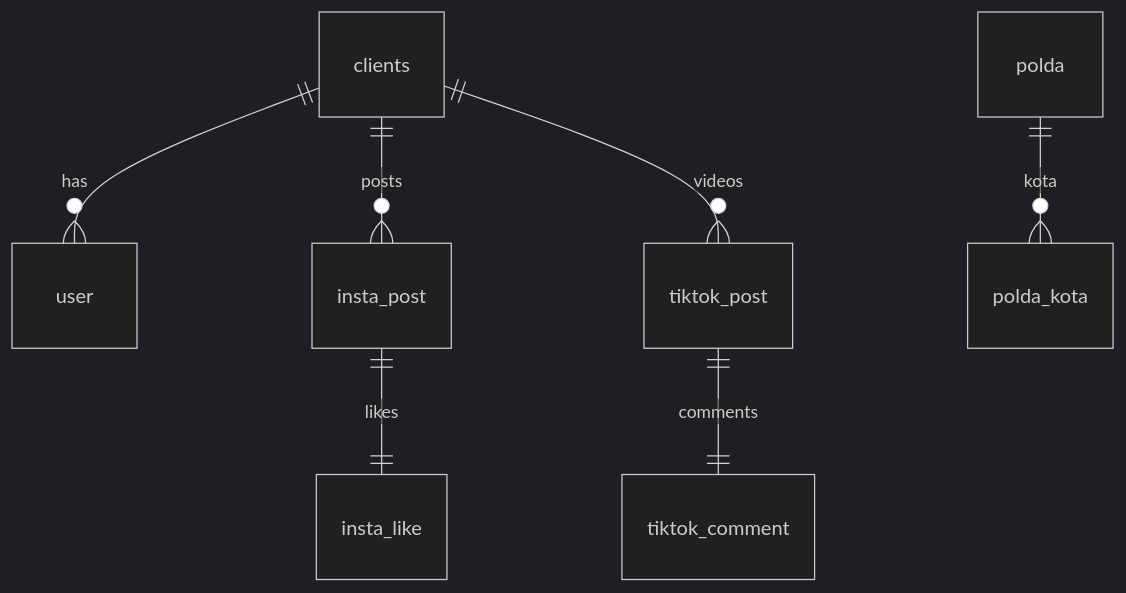
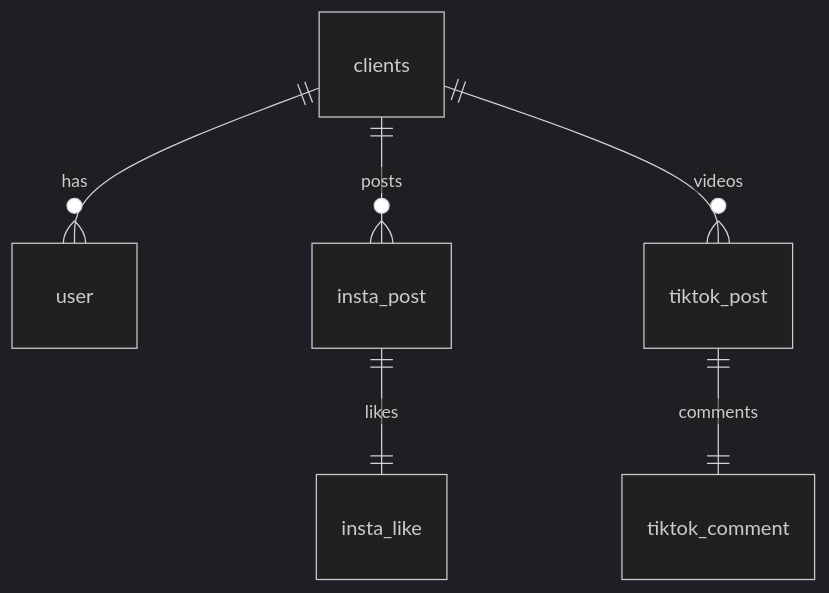
One commit to cicero78M/Cicero_V2 changed the diagram in docs/database_structure.md. Above: the diagram before and after it, drawn with Mermaid (dark theme). The commit also changed other lines of this file and 3 other files, not shown here.

````diff
--- a/docs/database_structure.md
+++ b/docs/database_structure.md
@@ -117,9 +100,8 @@
 ```mermaid
 erDiagram
     clients ||--o{ user : "has"
     clients ||--o{ insta_post : "posts"
     clients ||--o{ tiktok_post : "videos"
     insta_post ||--|| insta_like : "likes"
     tiktok_post ||--|| tiktok_comment : "comments"
-    polda ||--o{ polda_kota : "kota"
 ```
````
